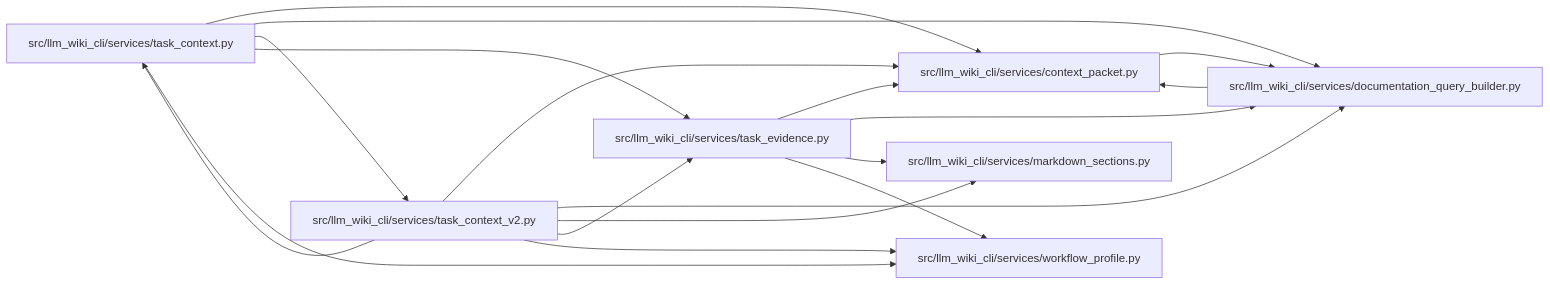
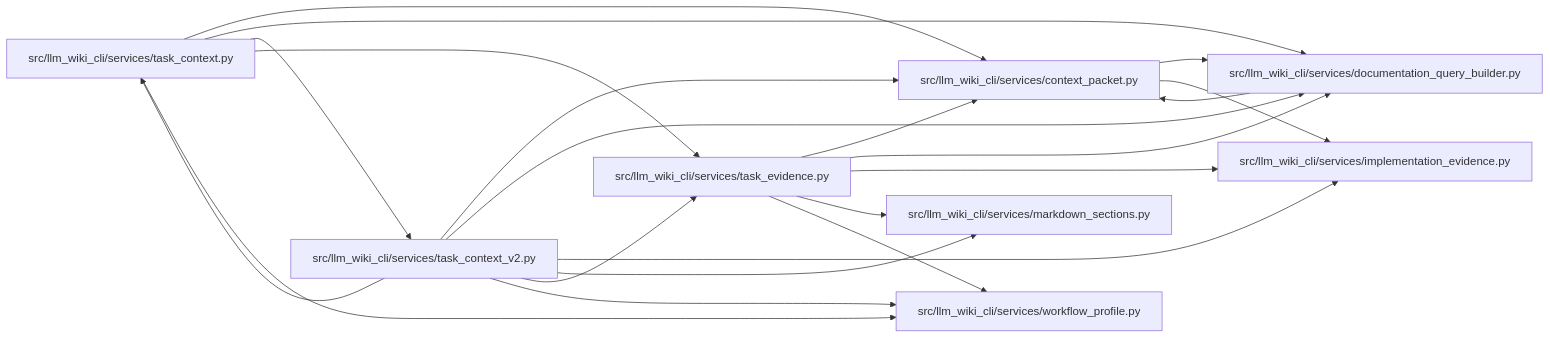
Before and after one commit to Denissvgn/python-wiki-llm: the diagram in docs/llm_wiki/modules/task_evidence.md, drawn with Mermaid. The commit also changed other lines of this file and 1410 other files, not shown here.

First line of the commit message:
Add source-grounded task guides and re-anchor the maintained wiki

````diff
--- a/docs/llm_wiki/modules/task_evidence.md
+++ b/docs/llm_wiki/modules/task_evidence.md
@@ -24,34 +25,39 @@
 ```mermaid
 flowchart LR
     n0["src/llm_wiki_cli/services/context_packet.py"]
     n1["src/llm_wiki_cli/services/documentation_query_builder.py"]
-    n2["src/llm_wiki_cli/services/markdown_sections.py"]
-    n3["src/llm_wiki_cli/services/task_context.py"]
-    n4["src/llm_wiki_cli/services/task_context_v2.py"]
-    n5["src/llm_wiki_cli/services/task_evidence.py"]
-    n6["src/llm_wiki_cli/services/workflow_profile.py"]
+    n2["src/llm_wiki_cli/services/implementation_evidence.py"]
+    n3["src/llm_wiki_cli/services/markdown_sections.py"]
+    n4["src/llm_wiki_cli/services/task_context.py"]
+    n5["src/llm_wiki_cli/services/task_context_v2.py"]
+    n6["src/llm_wiki_cli/services/task_evidence.py"]
+    n7["src/llm_wiki_cli/services/workflow_profile.py"]
     n0 --> n1
+    n0 --> n2
     n1 --> n0
-    n3 --> n0
-    n3 --> n1
-    n3 --> n4
-    n3 --> n5
-    n3 --> n6
     n4 --> n0
     n4 --> n1
-    n4 --> n2
-    n4 --> n3
     n4 --> n5
     n4 --> n6
+    n4 --> n7
     n5 --> n0
     n5 --> n1
     n5 --> n2
+    n5 --> n3
+    n5 --> n4
     n5 --> n6
+    n5 --> n7
+    n6 --> n0
+    n6 --> n1
+    n6 --> n2
+    n6 --> n3
+    n6 --> n7
     click n0 "../modules/context_packet.md"
     click n1 "../modules/documentation_query_builder.md"
-    click n2 "../modules/markdown_sections.md"
-    click n3 "../modules/task_context.md"
-    click n4 "../modules/task_context_v2.md"
-    click n5 "../modules/task_evidence.md"
-    click n6 "../modules/workflow_profile.md"
+    click n2 "../modules/implementation_evidence.md"
+    click n3 "../modules/markdown_sections.md"
+    click n4 "../modules/task_context.md"
+    click n5 "../modules/task_context_v2.md"
+    click n6 "../modules/task_evidence.md"
+    click n7 "../modules/workflow_profile.md"
 ```
````
